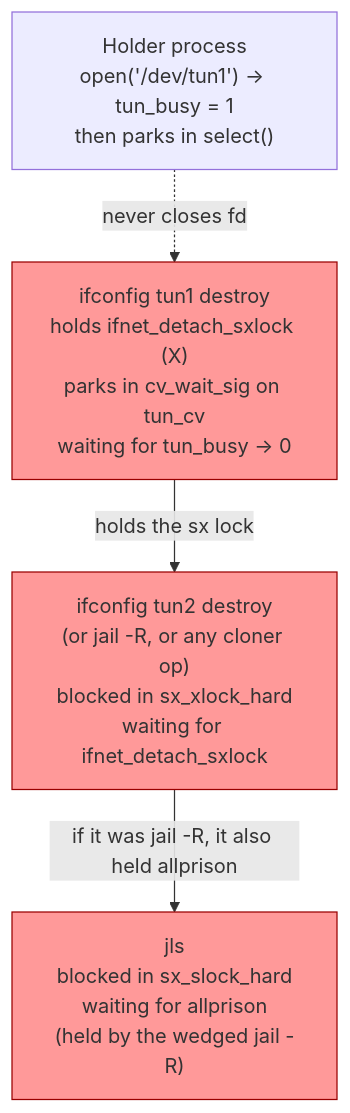
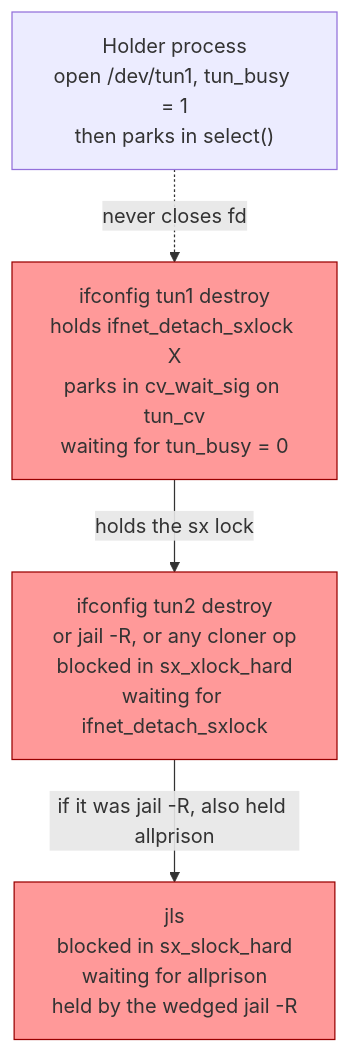
The second of 6 diagrams in FreeBSD/doc/tun_destroy_deadlock_case_study.md (ocochard/myscripts), drawn with Mermaid before and after one commit. The commit also changed other lines of this file, not shown here.

````diff
--- a/FreeBSD/doc/tun_destroy_deadlock_case_study.md
+++ b/FreeBSD/doc/tun_destroy_deadlock_case_study.md
@@ -162,14 +177,14 @@
 ```mermaid
 flowchart TD
-    A["Holder process<br/>open('/dev/tun1') → tun_busy = 1<br/>then parks in select()"]
-    B["ifconfig tun1 destroy<br/>holds ifnet_detach_sxlock (X)<br/>parks in cv_wait_sig on tun_cv<br/>waiting for tun_busy → 0"]
-    C["ifconfig tun2 destroy<br/>(or jail -R, or any cloner op)<br/>blocked in sx_xlock_hard<br/>waiting for ifnet_detach_sxlock"]
-    D["jls<br/>blocked in sx_slock_hard<br/>waiting for allprison<br/>(held by the wedged jail -R)"]
+    A["Holder process<br/>open /dev/tun1, tun_busy = 1<br/>then parks in select()"]
+    B["ifconfig tun1 destroy<br/>holds ifnet_detach_sxlock X<br/>parks in cv_wait_sig on tun_cv<br/>waiting for tun_busy = 0"]
+    C["ifconfig tun2 destroy<br/>or jail -R, or any cloner op<br/>blocked in sx_xlock_hard<br/>waiting for ifnet_detach_sxlock"]
+    D["jls<br/>blocked in sx_slock_hard<br/>waiting for allprison<br/>held by the wedged jail -R"]
 
-    A -. "never closes fd" .-> B
-    B -- "holds the sx lock" --> C
-    C -- "if it was jail -R, it also held allprison" --> D
+    A -.->|never closes fd| B
+    B -->|holds the sx lock| C
+    C -->|if it was jail -R, also held allprison| D
 
     classDef wedged fill:#f99,stroke:#900
     class B,C,D wedged
 ```
````
